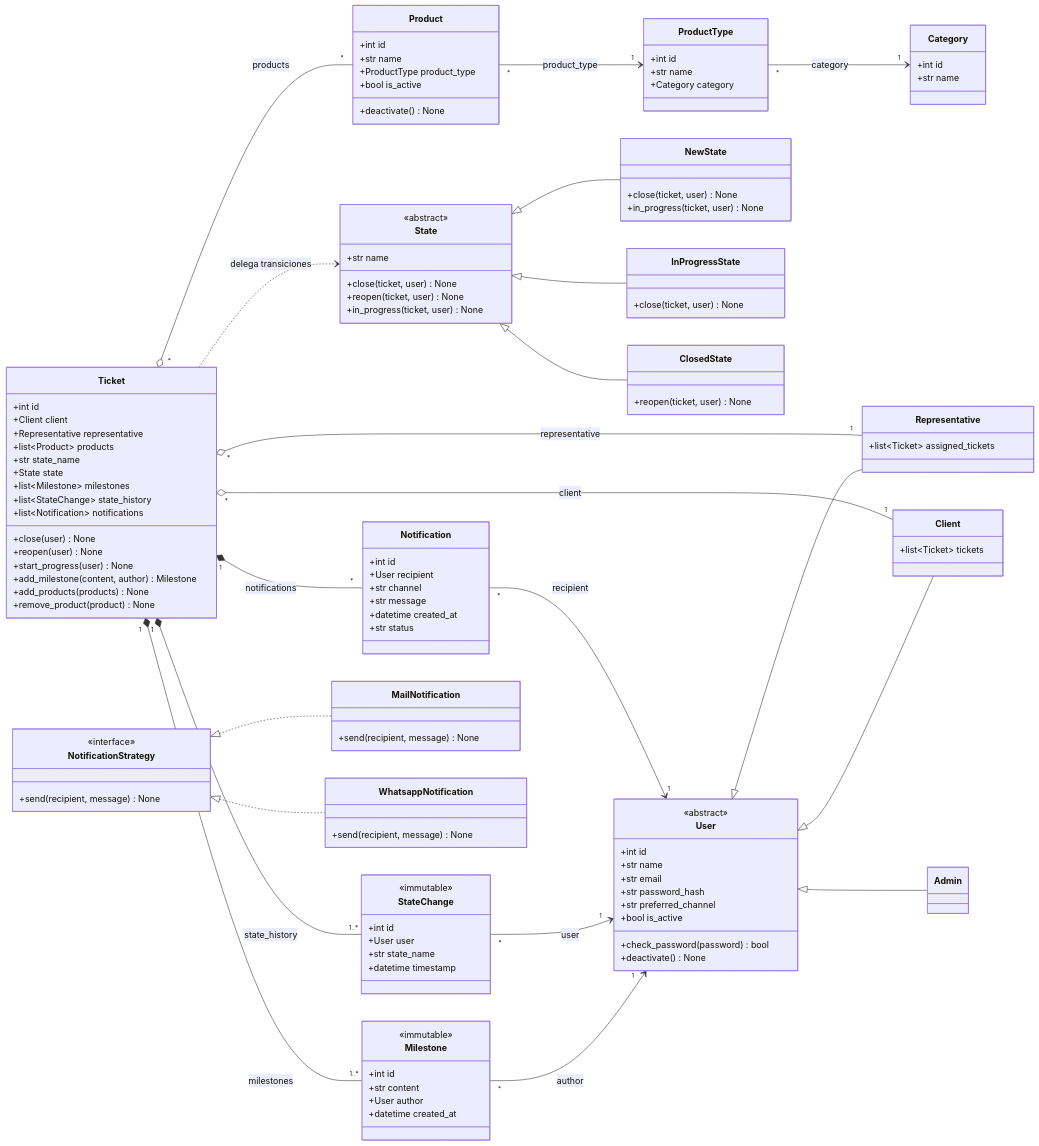
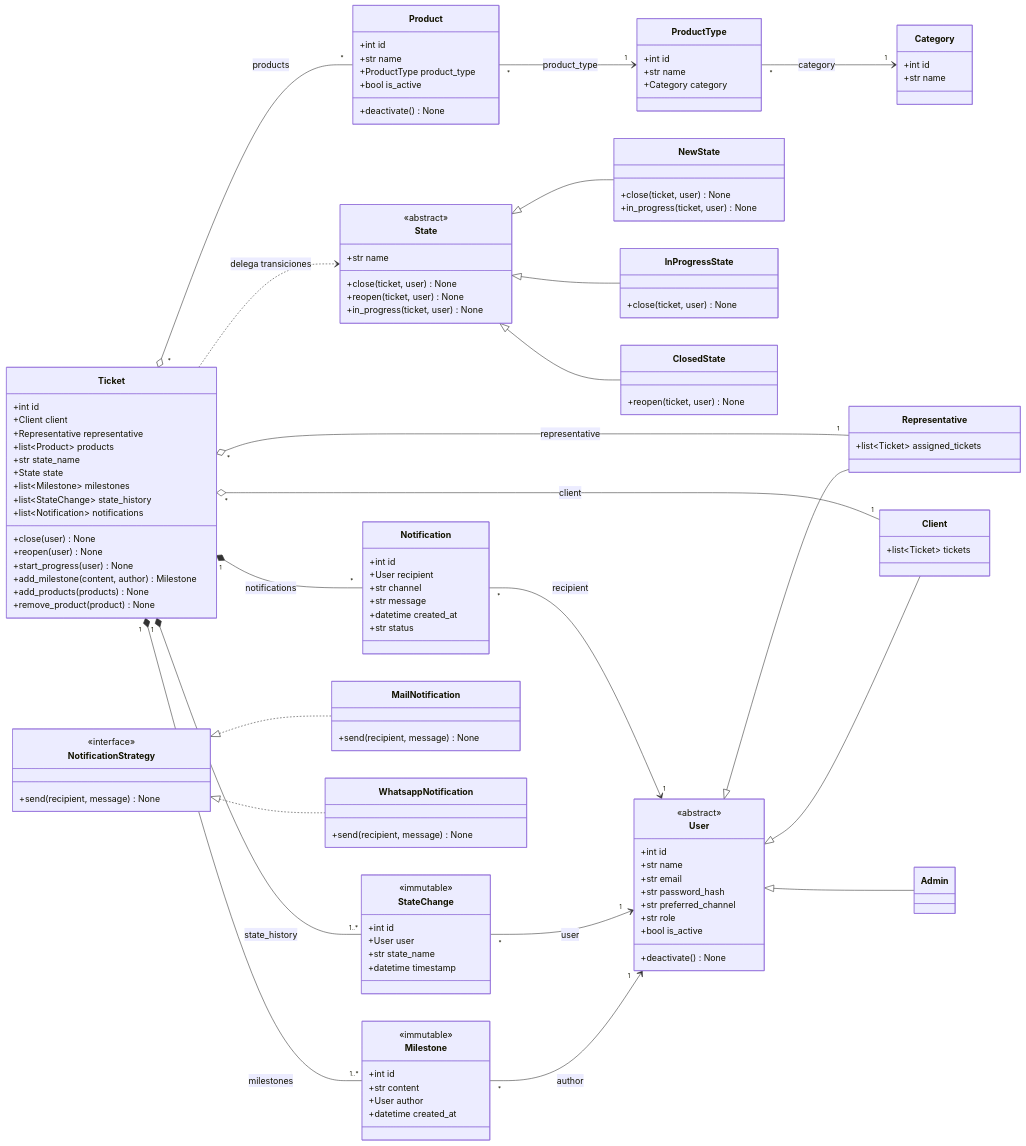
One commit to Diazfe-dev/AyED-III-python-ticket-service changed the first of 2 diagrams in diagrams/classes.md. Above: the diagram before and after it, drawn with Mermaid. The commit also changed other lines of this file and 7 other files, not shown here.

```diff
--- a/diagrams/classes.md
+++ b/diagrams/classes.md
@@ -20,8 +20,8 @@
         +str email
         +str password_hash
         +str preferred_channel
+        +str role
         +bool is_active
-        +check_password(password) bool
         +deactivate() None
     }
     class Admin
```
